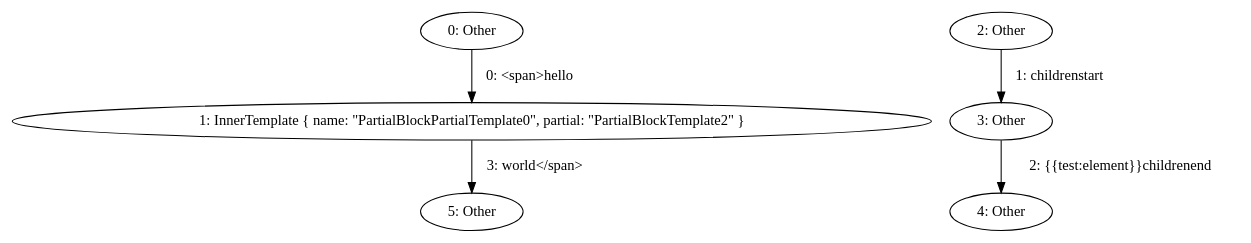
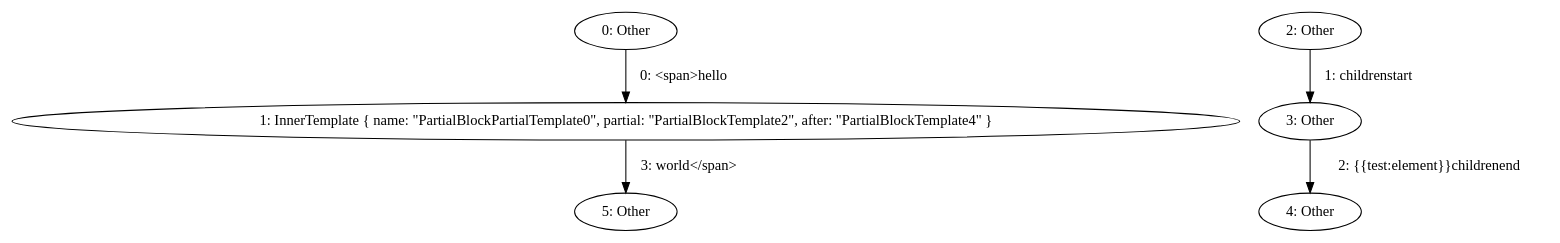
The diagram in partial_block.dot (mohe2015/zero-cost-templating), drawn with Graphviz before and after one commit. The commit also changed 2 other files, not shown here.

```diff
--- a/partial_block.dot
+++ b/partial_block.dot
@@ -1,12 +1,12 @@
 digraph {
     0 [ label = "0: Other" ]
-    1 [ label = "1: InnerTemplate { name: \"PartialBlockPartialTemplate0\", partial: \"PartialBlockTemplate2\" }" ]
+    1 [ label = "1: InnerTemplate { name: \"PartialBlockPartialTemplate0\", partial: \"PartialBlockTemplate2\", after: \"PartialBlockTemplate4\" }" ]
     2 [ label = "2: Other" ]
     3 [ label = "3: Other" ]
     4 [ label = "4: Other" ]
     5 [ label = "5: Other" ]
     0 -> 1 [ label = "0: <span>hello" ]
     2 -> 3 [ label = "1: childrenstart" ]
     3 -> 4 [ label = "2: {{test:element}}childrenend" ]
     1 -> 5 [ label = "3: world</span>" ]
 }
```
